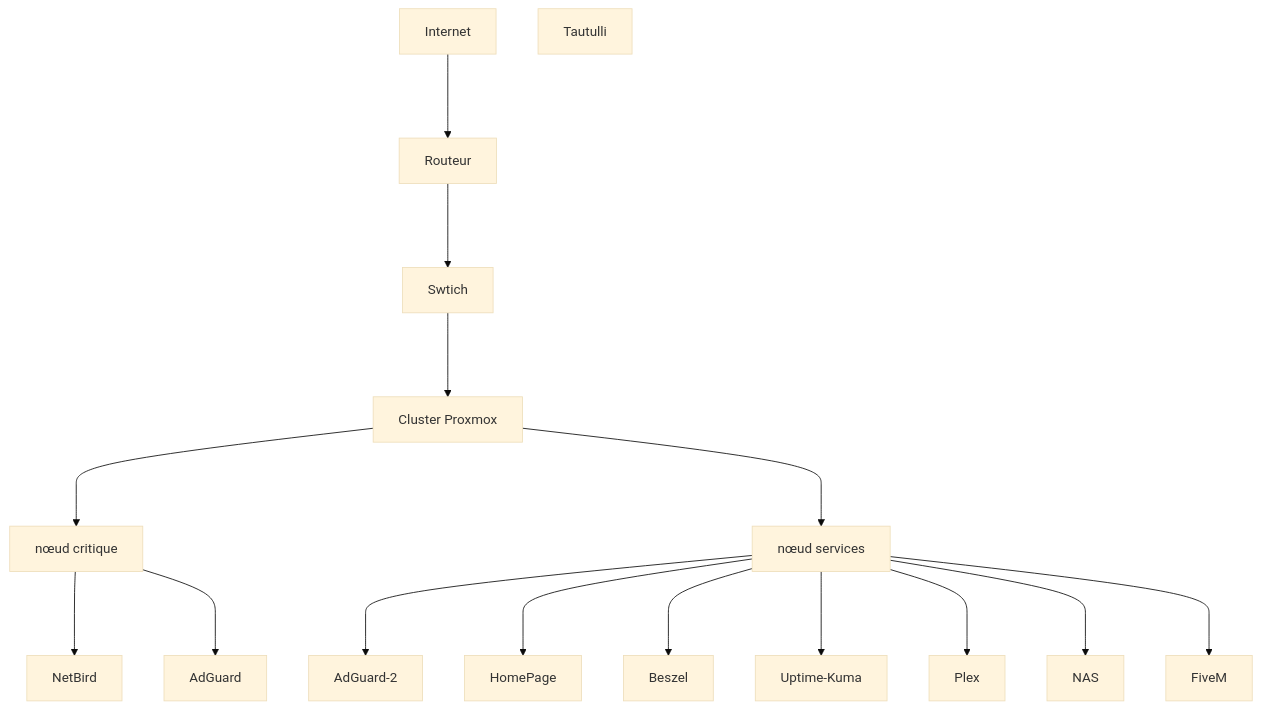
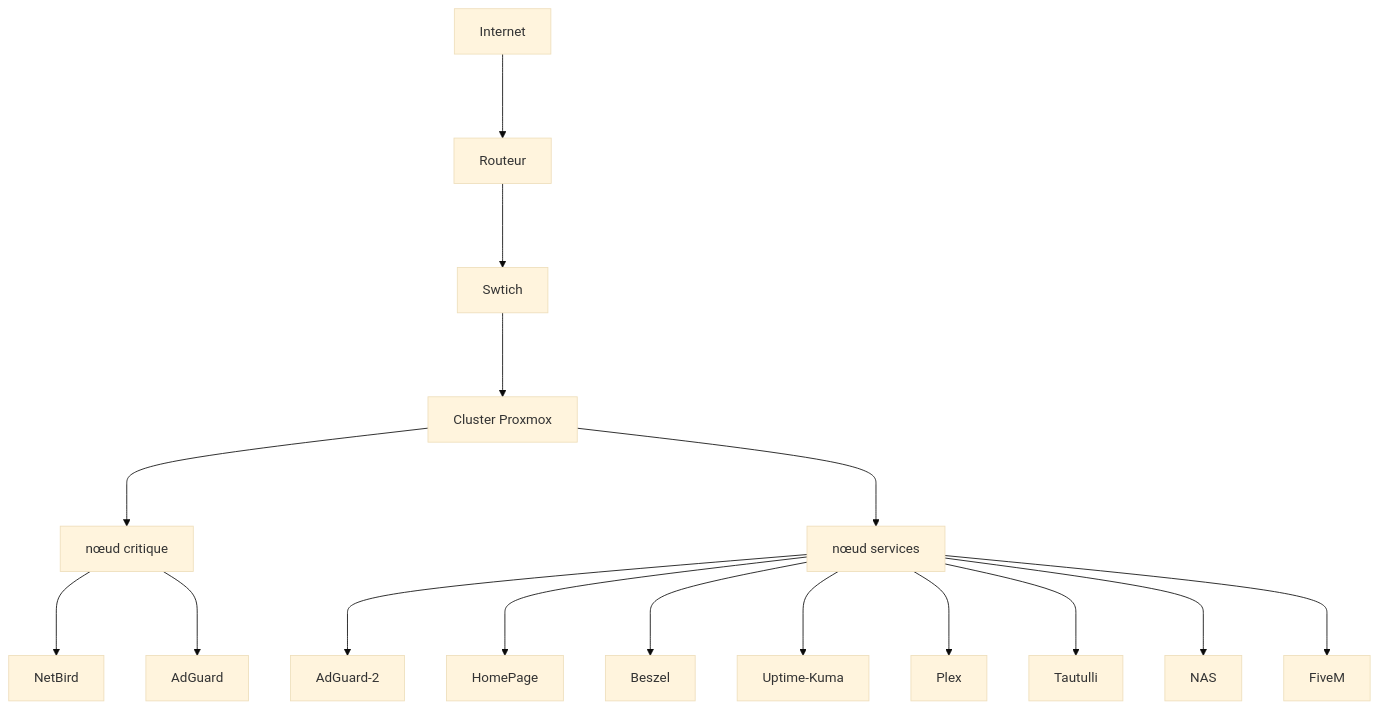
The diagram in README.md (snoyy-i/snoyy-i), drawn with Mermaid (base theme) before and after one commit.

````diff
--- a/README.md
+++ b/README.md
@@ -2,27 +2,28 @@
 ```mermaid
 graph TD
      A[Internet]
      B[Routeur]
      C[Swtich]
      D[Cluster Proxmox ]
      E[nœud critique ]
      F[nœud services]
      G[NetBird]
      H[AdGuard]
      I[AdGuard-2]
      J[HomePage]
      K[Beszel]
      L[Uptime-Kuma]
      M[Plex]
      N[Tautulli]
      O[NAS]
      P[FiveM]
 
      A--->B ; F--->I
      B--->C ; F--->J
      C--->D ; F--->K
      D--->E ; F--->L
      D--->F ; F--->M
-     E--->G ; F--->O 
-     E--->H ; F--->P
+     E--->G ; F--->N 
+     E--->H ; F--->O
+            ; F--->P   
 ```
````
